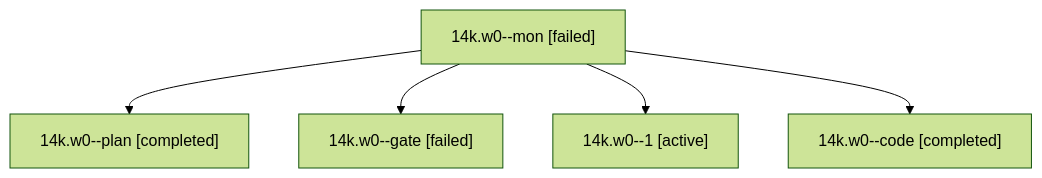
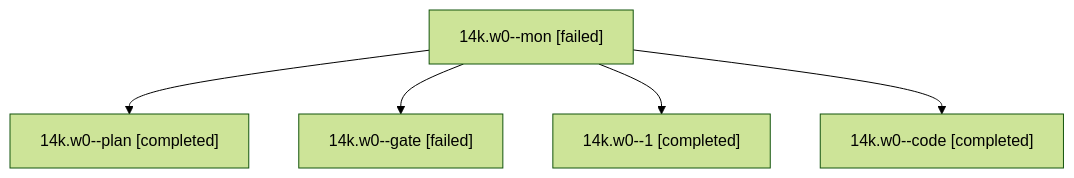
One commit to bobs-org/bob-cli--agents changed the diagram in sessions/bbugyi200.athena.14k.w0.md. Above: the diagram before and after it, drawn with Mermaid (forest theme). The commit also changed other lines of this file and 410 other files, not shown here.

````diff
--- a/sessions/bbugyi200.athena.14k.w0.md
+++ b/sessions/bbugyi200.athena.14k.w0.md
@@ -9,12 +9,12 @@
 ```mermaid
 flowchart TD
   n0["14k.w0--mon [failed]"]
   n1["14k.w0--plan [completed]"]
   n0 --> n1
   n2["14k.w0--gate [failed]"]
   n0 --> n2
-  n3["14k.w0--1 [active]"]
+  n3["14k.w0--1 [completed]"]
   n0 --> n3
   n4["14k.w0--code [completed]"]
   n0 --> n4
 ```
````
